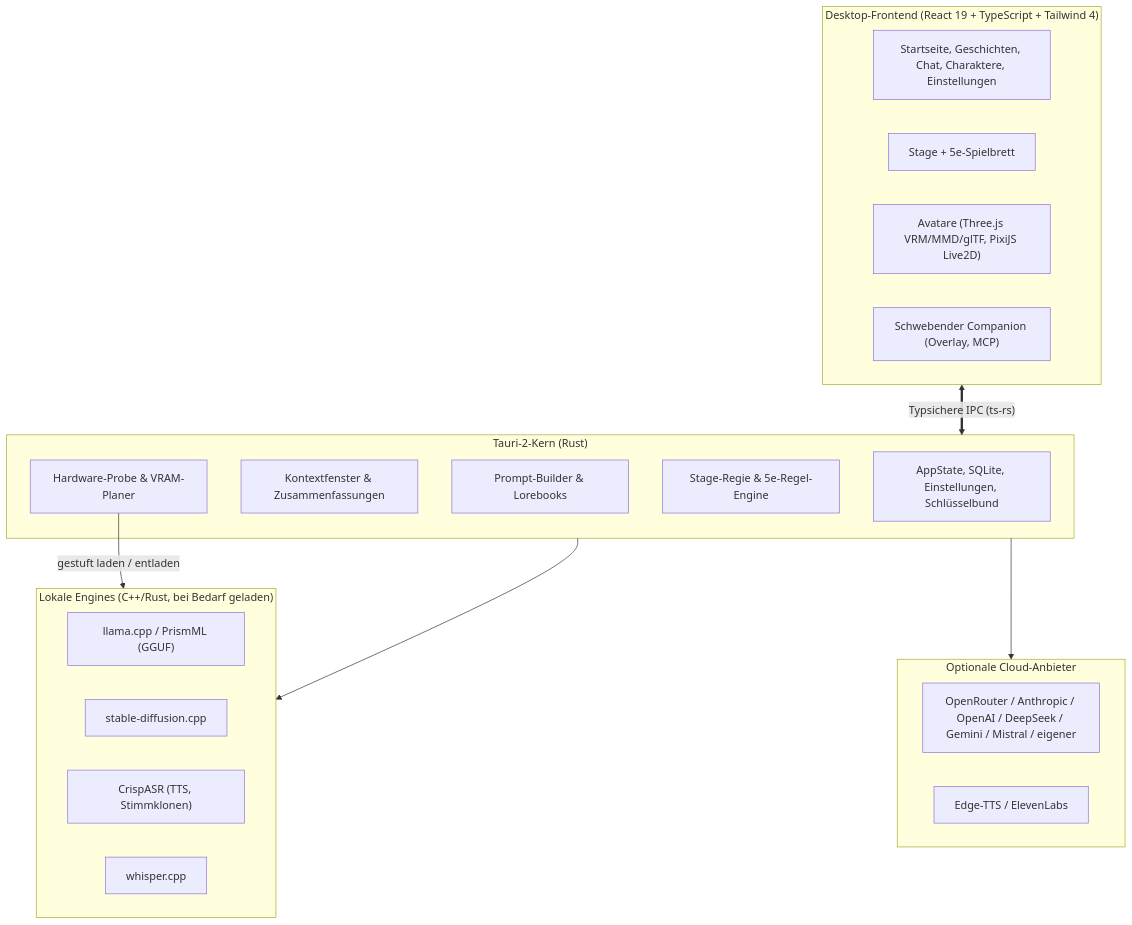
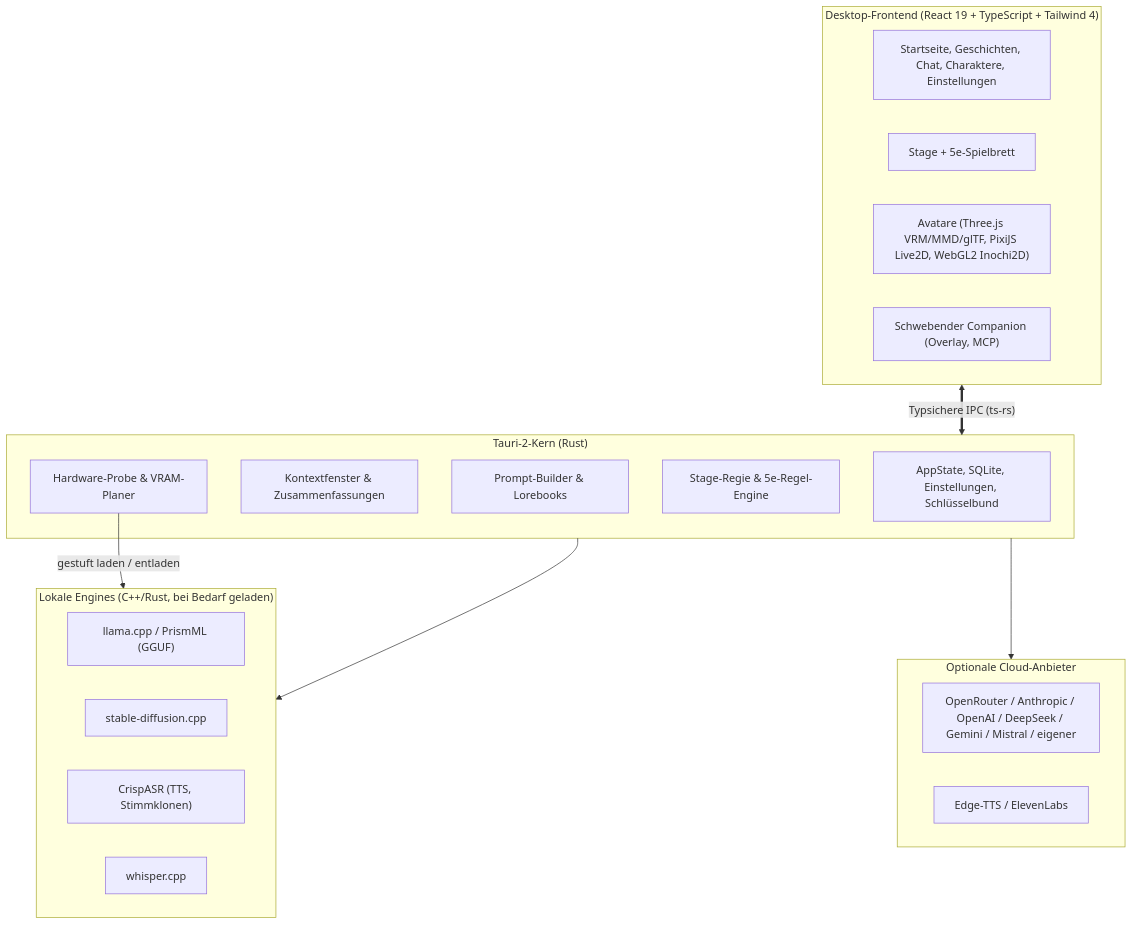
One commit to SnowwhiteOakheart/OtakuSoul changed the first of 2 diagrams in README.de.md. Above: the diagram before and after it, drawn with Mermaid. The commit also changed other lines of this file and 45 other files, not shown here.

First line of the commit message:
feat(avatare): Inochi2D-Puppen als weitere Avatar-Variante

````diff
--- a/README.de.md
+++ b/README.de.md
@@ -208,34 +208,34 @@
 ```mermaid
 flowchart TD
     subgraph Frontend["Desktop-Frontend (React 19 + TypeScript + Tailwind 4)"]
         UI["Startseite, Geschichten, Chat, Charaktere, Einstellungen"]
         StageUI["Stage + 5e-Spielbrett"]
-        AvatarUI["Avatare (Three.js VRM/MMD/glTF, PixiJS Live2D)"]
+        AvatarUI["Avatare (Three.js VRM/MMD/glTF, PixiJS Live2D, WebGL2 Inochi2D)"]
         CompanionUI["Schwebender Companion (Overlay, MCP)"]
     end
 
     subgraph TauriCore["Tauri-2-Kern (Rust)"]
         State["AppState, SQLite, Einstellungen, Schlüsselbund"]
         ContextMgr["Kontextfenster & Zusammenfassungen"]
         PromptBuilder["Prompt-Builder & Lorebooks"]
         Rules["Stage-Regie & 5e-Regel-Engine"]
         HardwareSched["Hardware-Probe & VRAM-Planer"]
     end
 
     subgraph LocalEngines["Lokale Engines (C++/Rust, bei Bedarf geladen)"]
         Llama["llama.cpp / PrismML (GGUF)"]
         SD["stable-diffusion.cpp"]
         Crisp["CrispASR (TTS, Stimmklonen)"]
         Whisper["whisper.cpp"]
     end
 
     subgraph Cloud["Optionale Cloud-Anbieter"]
         CloudLLM["OpenRouter / Anthropic / OpenAI / DeepSeek / Gemini / Mistral / eigener"]
         CloudTTS["Edge-TTS / ElevenLabs"]
     end
 
     Frontend <==>|"Typsichere IPC (ts-rs)"| TauriCore
     HardwareSched -->|"gestuft laden / entladen"| LocalEngines
     TauriCore --> LocalEngines
     TauriCore --> Cloud
 ```
````
